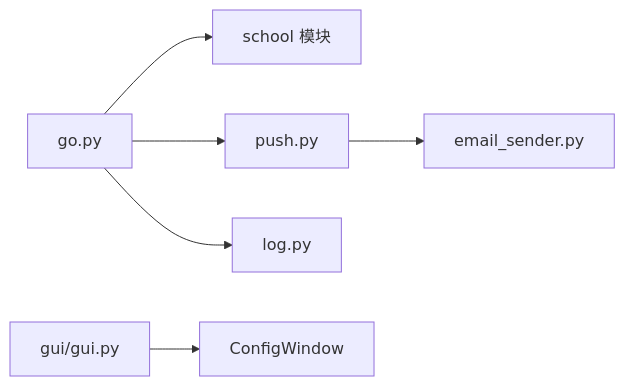
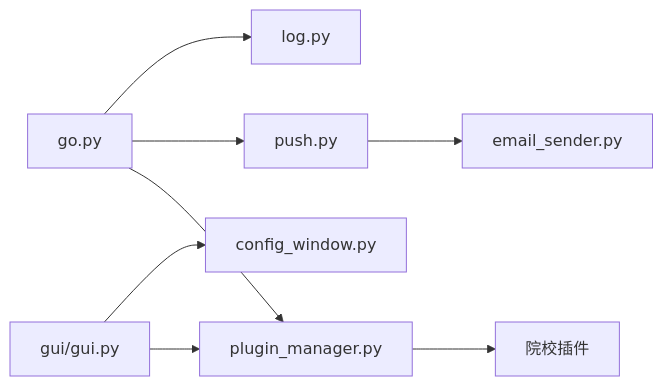
One commit to pjnt9372/Capture_Push changed the third of 3 diagrams in .wiki/zh/content/快速开始.md. Above: the diagram before and after it, drawn with Mermaid. The commit also changed other lines of this file and 37 other files, not shown here.

````diff
--- a/.wiki/zh/content/快速开始.md
+++ b/.wiki/zh/content/快速开始.md
@@ -239,8 +194,10 @@
 ```mermaid
 graph LR
-GO["go.py"] --> SCH["school 模块"]
+GO["go.py"] --> PM["plugin_manager.py"]
+PM --> PLUGIN["院校插件"]
 GO --> PUSH["push.py"]
 PUSH --> EMAIL["email_sender.py"]
 GO --> LOG["log.py"]
-GUI["gui/gui.py"] --> CFG["ConfigWindow"]
+GUI["gui/gui.py"] --> PM
+GUI --> CFG["config_window.py"]
 ```
````
